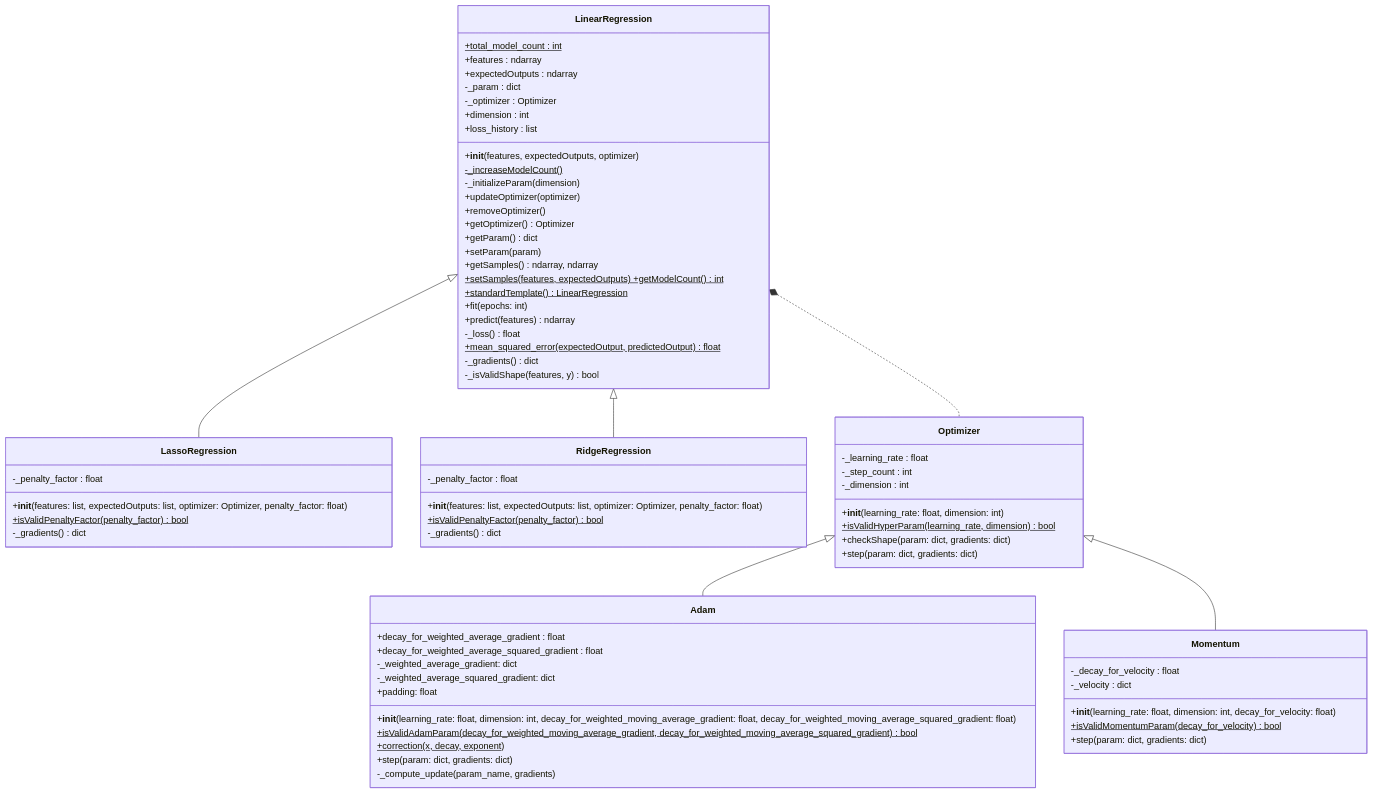
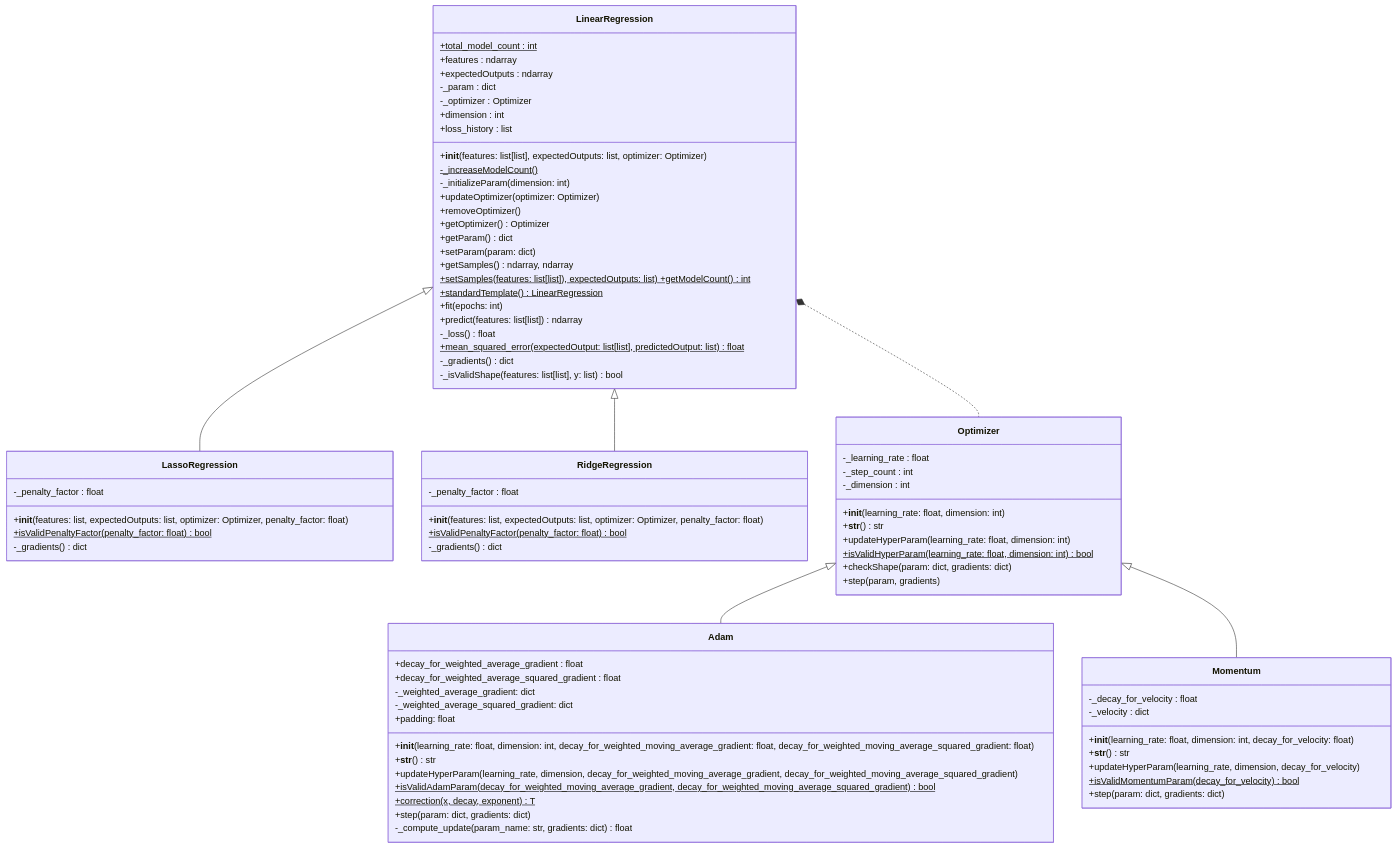
One commit to alexanderjiaschool/LinearRegression changed the diagram in UML.md. Above: the diagram before and after it, drawn with Mermaid. The commit also changed 3 other files, not shown here.

Commit message:
Added new test, polymorphic function, and fixed a dimension mismatch bug when updating samples

```diff
--- a/UML.md
+++ b/UML.md
@@ -8,36 +8,36 @@
         -_optimizer : Optimizer
         +dimension : int
         +loss_history : list
-        +__init__(features, expectedOutputs, optimizer)
+        +__init__(features: list[list], expectedOutputs: list, optimizer: Optimizer)
         -_increaseModelCount()$
-        -_initializeParam(dimension)
-        +updateOptimizer(optimizer)
+        -_initializeParam(dimension: int)
+        +updateOptimizer(optimizer: Optimizer)
         +removeOptimizer()
         +getOptimizer() Optimizer
         +getParam() dict
-        +setParam(param)
+        +setParam(param: dict)
         +getSamples() ndarray, ndarray
-        +setSamples(features, expectedOutputs) +getModelCount()$ int
+        +setSamples(features: list[list]), expectedOutputs: list) +getModelCount()$ int
         +standardTemplate()$ LinearRegression
         +fit(epochs: int)
-        +predict(features) ndarray
+        +predict(features: list[list]) ndarray
         -_loss() float
-        +mean_squared_error(expectedOutput, predictedOutput)$ float
+        +mean_squared_error(expectedOutput: list[list], predictedOutput: list)$ float
         -_gradients() dict
-        -_isValidShape(features, y) bool
+        -_isValidShape(features: list[list], y: list) bool
     }
 
     class LassoRegression {
         -_penalty_factor : float
         +__init__(features: list, expectedOutputs: list, optimizer: Optimizer, penalty_factor: float)
-        +isValidPenaltyFactor(penalty_factor)$ bool
+        +isValidPenaltyFactor(penalty_factor: float)$ bool
         -_gradients() dict
     }
 
     class RidgeRegression {
         -_penalty_factor : float
         +__init__(features: list, expectedOutputs: list, optimizer: Optimizer, penalty_factor: float)
-        +isValidPenaltyFactor(penalty_factor)$ bool
+        +isValidPenaltyFactor(penalty_factor: float)$ bool
         -_gradients() dict
     }
 
@@ -46,9 +46,11 @@
         -_step_count : int
         -_dimension : int
         +__init__(learning_rate: float, dimension: int)
-        +isValidHyperParam(learning_rate, dimension)$ bool
+        +__str__() str
+        +updateHyperParam(learning_rate: float, dimension: int)
+        +isValidHyperParam(learning_rate: float, dimension: int)$ bool
         +checkShape(param: dict, gradients: dict)
-        +step(param: dict, gradients: dict)
+        +step(param, gradients)
     }
 
     class Adam {
@@ -58,16 +60,20 @@
         -_weighted_average_squared_gradient: dict
         +padding: float
         +__init__(learning_rate: float, dimension: int, decay_for_weighted_moving_average_gradient: float, decay_for_weighted_moving_average_squared_gradient: float)
+        +__str__() str
+        +updateHyperParam(learning_rate, dimension, decay_for_weighted_moving_average_gradient, decay_for_weighted_moving_average_squared_gradient)
         +isValidAdamParam(decay_for_weighted_moving_average_gradient, decay_for_weighted_moving_average_squared_gradient)$ bool
-        +correction(x, decay, exponent)$
+        +correction(x, decay, exponent)$ T
         +step(param: dict, gradients: dict)
-        -_compute_update(param_name, gradients)
+        -_compute_update(param_name: str, gradients: dict) float
     }
 
     class Momentum {
         -_decay_for_velocity : float
         -_velocity : dict
         +__init__(learning_rate: float, dimension: int, decay_for_velocity: float)
+        +__str__() str
+        +updateHyperParam(learning_rate, dimension, decay_for_velocity)
         +isValidMomentumParam(decay_for_velocity)$ bool
         +step(param: dict, gradients: dict)
     }
```
